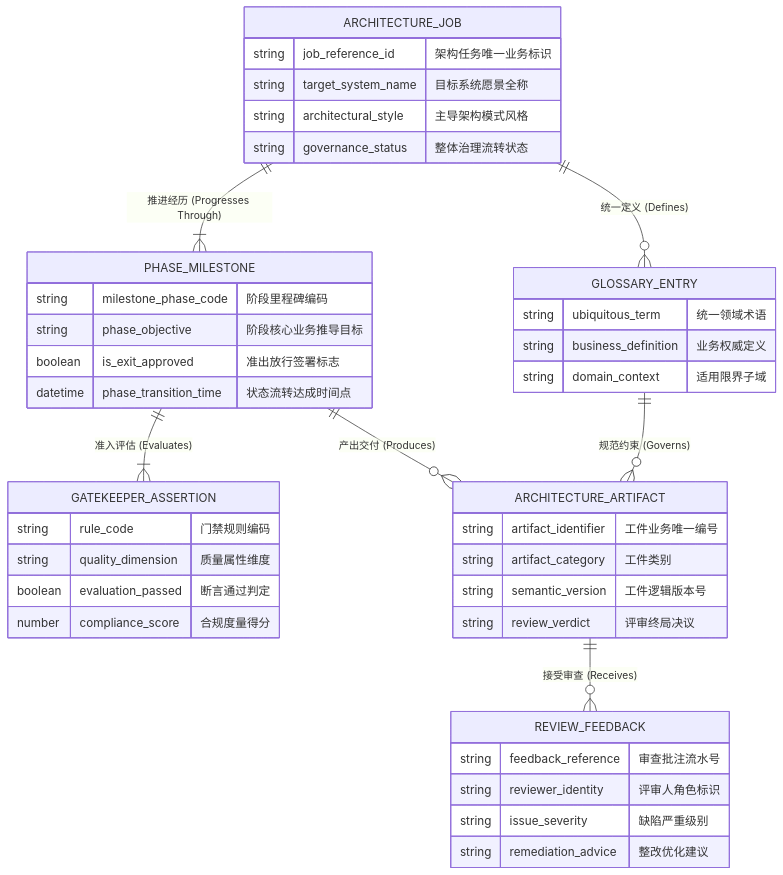
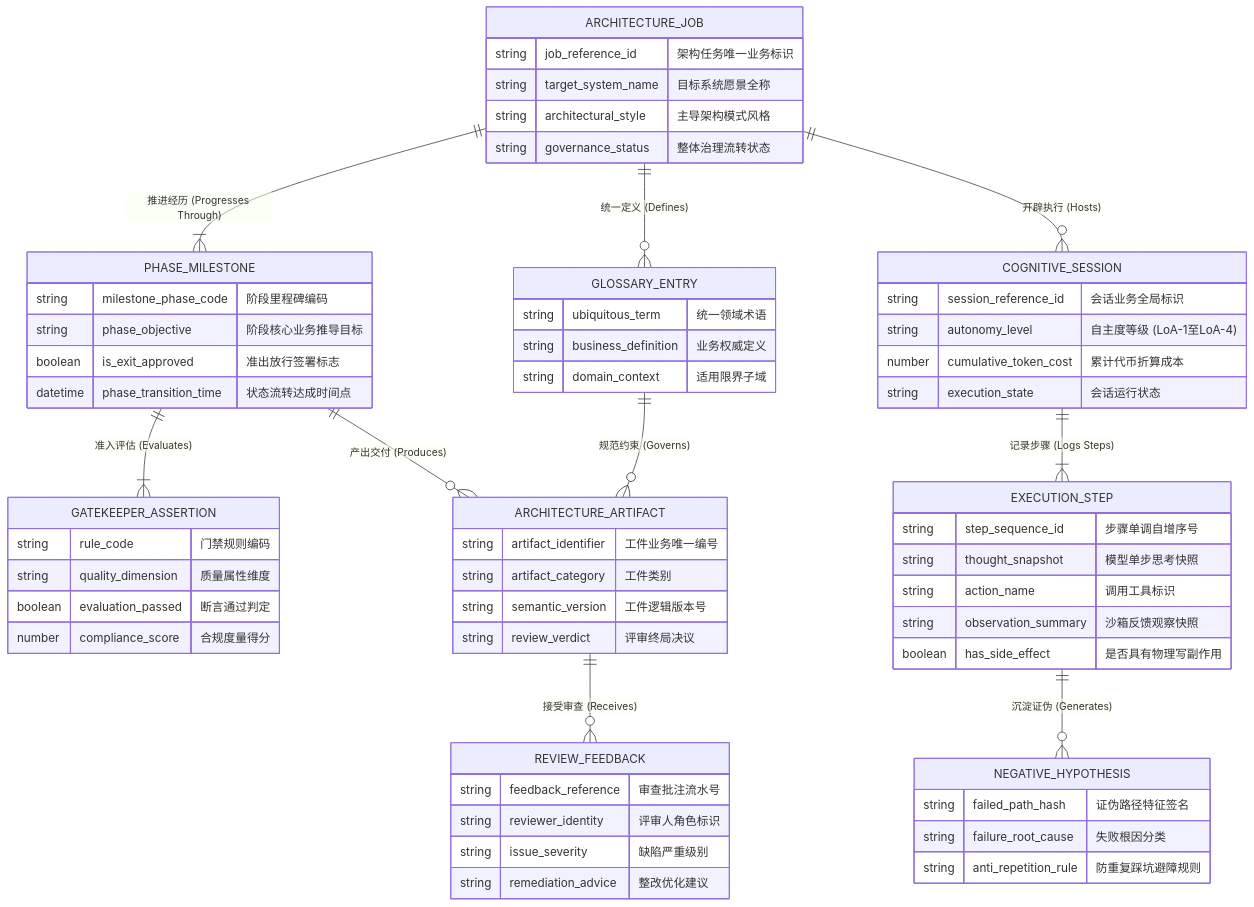
Before and after one commit to swizardlv/architect_skill: the diagram in docs/architecture/02-models/conceptual-data-model.md, drawn with Mermaid. The commit also changed other lines of this file and 6 other files, not shown here.

Commit message:
feat(agent): incorporate Agent AI cognitive styles, CDM first-class entities, and replay audit walkthrough

````diff
--- a/docs/architecture/02-models/conceptual-data-model.md
+++ b/docs/architecture/02-models/conceptual-data-model.md
@@ -23,51 +26,77 @@
 ```mermaid
 erDiagram
     %% 核心概念实体关系图谱 (严格业务语义与基数标注)
     ARCHITECTURE_JOB ||--|{ PHASE_MILESTONE : "推进经历 (Progresses Through)"
     PHASE_MILESTONE ||--|{ GATEKEEPER_ASSERTION : "准入评估 (Evaluates)"
     PHASE_MILESTONE ||--o{ ARCHITECTURE_ARTIFACT : "产出交付 (Produces)"
     ARCHITECTURE_ARTIFACT ||--o{ REVIEW_FEEDBACK : "接受审查 (Receives)"
     ARCHITECTURE_JOB ||--o{ GLOSSARY_ENTRY : "统一定义 (Defines)"
     GLOSSARY_ENTRY ||--o{ ARCHITECTURE_ARTIFACT : "规范约束 (Governs)"
+
+    %% Agent AI 认知轨迹与一等状态实体
+    ARCHITECTURE_JOB ||--o{ COGNITIVE_SESSION : "开辟执行 (Hosts)"
+    COGNITIVE_SESSION ||--|{ EXECUTION_STEP : "记录步骤 (Logs Steps)"
+    EXECUTION_STEP ||--o{ NEGATIVE_HYPOTHESIS : "沉淀证伪 (Generates)"
 
     ARCHITECTURE_JOB {
         string job_reference_id "架构任务唯一业务标识"
         string target_system_name "目标系统愿景全称"
         string architectural_style "主导架构模式风格"
         string governance_status "整体治理流转状态"
     }
 
     PHASE_MILESTONE {
         string milestone_phase_code "阶段里程碑编码"
         string phase_objective "阶段核心业务推导目标"
         boolean is_exit_approved "准出放行签署标志"
         datetime phase_transition_time "状态流转达成时间点"
     }
 
     GATEKEEPER_ASSERTION {
         string rule_code "门禁规则编码"
         string quality_dimension "质量属性维度"
         boolean evaluation_passed "断言通过判定"
         number compliance_score "合规度量得分"
     }
 
     ARCHITECTURE_ARTIFACT {
         string artifact_identifier "工件业务唯一编号"
         string artifact_category "工件类别"
         string semantic_version "工件逻辑版本号"
         string review_verdict "评审终局决议"
     }
 
     REVIEW_FEEDBACK {
         string feedback_reference "审查批注流水号"
         string reviewer_identity "评审人角色标识"
         string issue_severity "缺陷严重级别"
         string remediation_advice "整改优化建议"
     }
 
     GLOSSARY_ENTRY {
         string ubiquitous_term "统一领域术语"
         string business_definition "业务权威定义"
         string domain_context "适用限界子域"
     }
+
+    COGNITIVE_SESSION {
+        string session_reference_id "会话业务全局标识"
+        string autonomy_level "自主度等级 (LoA-1至LoA-4)"
+        number cumulative_token_cost "累计代币折算成本"
+        string execution_state "会话运行状态"
+    }
+
+    EXECUTION_STEP {
+        string step_sequence_id "步骤单调自增序号"
+        string thought_snapshot "模型单步思考快照"
+        string action_name "调用工具标识"
+        string observation_summary "沙箱反馈观察快照"
+        boolean has_side_effect "是否具有物理写副作用"
+    }
+
+    NEGATIVE_HYPOTHESIS {
+        string failed_path_hash "证伪路径特征签名"
+        string failure_root_cause "失败根因分类"
+        string anti_repetition_rule "防重复踩坑避障规则"
+    }
 ```
````
